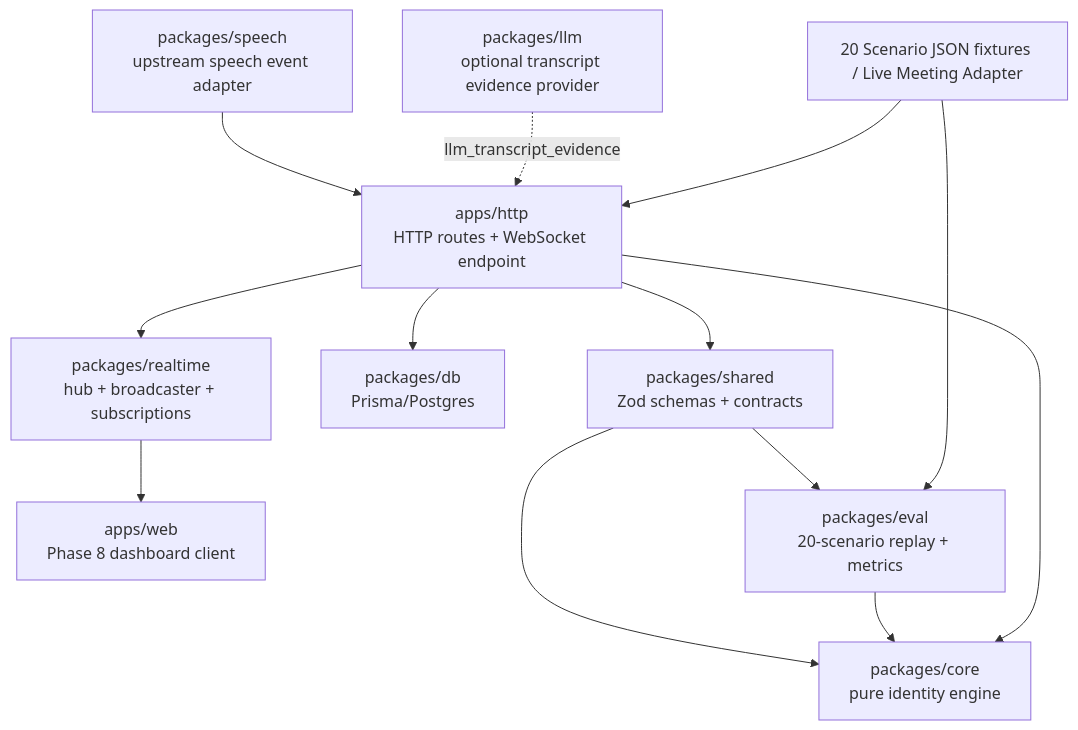
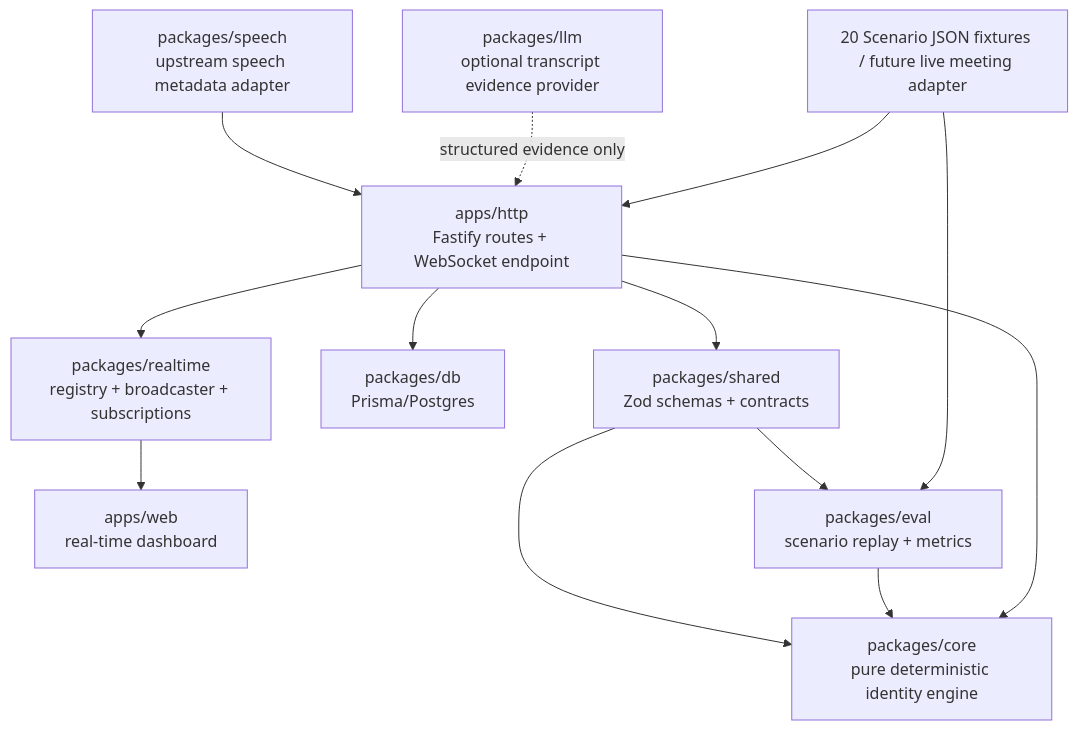
Before and after one commit to RitikaxG/sherlock-challenge: the first of 4 diagrams in ARCHITECTURE.md, drawn with Mermaid. The commit also changed other lines of this file, not shown here.

Commit message:
docs: expand architecture with product fit and production design

````diff
--- a/ARCHITECTURE.md
+++ b/ARCHITECTURE.md
@@ -103,15 +33,15 @@
 ```mermaid
 flowchart TD
-  Scenario["20 Scenario JSON fixtures / Live Meeting Adapter"] --> HTTP["apps/http<br/>HTTP routes + WebSocket endpoint"]
+  Scenario["20 Scenario JSON fixtures / future live meeting adapter"] --> HTTP["apps/http<br/>Fastify routes + WebSocket endpoint"]
   HTTP --> Shared["packages/shared<br/>Zod schemas + contracts"]
-  HTTP --> Core["packages/core<br/>pure identity engine"]
+  HTTP --> Core["packages/core<br/>pure deterministic identity engine"]
   HTTP --> DB["packages/db<br/>Prisma/Postgres"]
-  HTTP --> Realtime["packages/realtime<br/>hub + broadcaster + subscriptions"]
-  Realtime --> Web["apps/web<br/>Phase 8 dashboard client"]
-  LLM["packages/llm<br/>optional transcript evidence provider"] -. llm_transcript_evidence .-> HTTP
-  Speech["packages/speech<br/>upstream speech event adapter"] --> HTTP
-  Scenario --> Eval["packages/eval<br/>20-scenario replay + metrics"]
+  HTTP --> Realtime["packages/realtime<br/>registry + broadcaster + subscriptions"]
+  Realtime --> Web["apps/web<br/>real-time dashboard"]
+  LLM["packages/llm<br/>optional transcript evidence provider"] -. structured evidence only .-> HTTP
+  Speech["packages/speech<br/>upstream speech metadata adapter"] --> HTTP
+  Scenario --> Eval["packages/eval<br/>scenario replay + metrics"]
   Eval --> Core
   Shared --> Core
   Shared --> Eval
 ```
````
